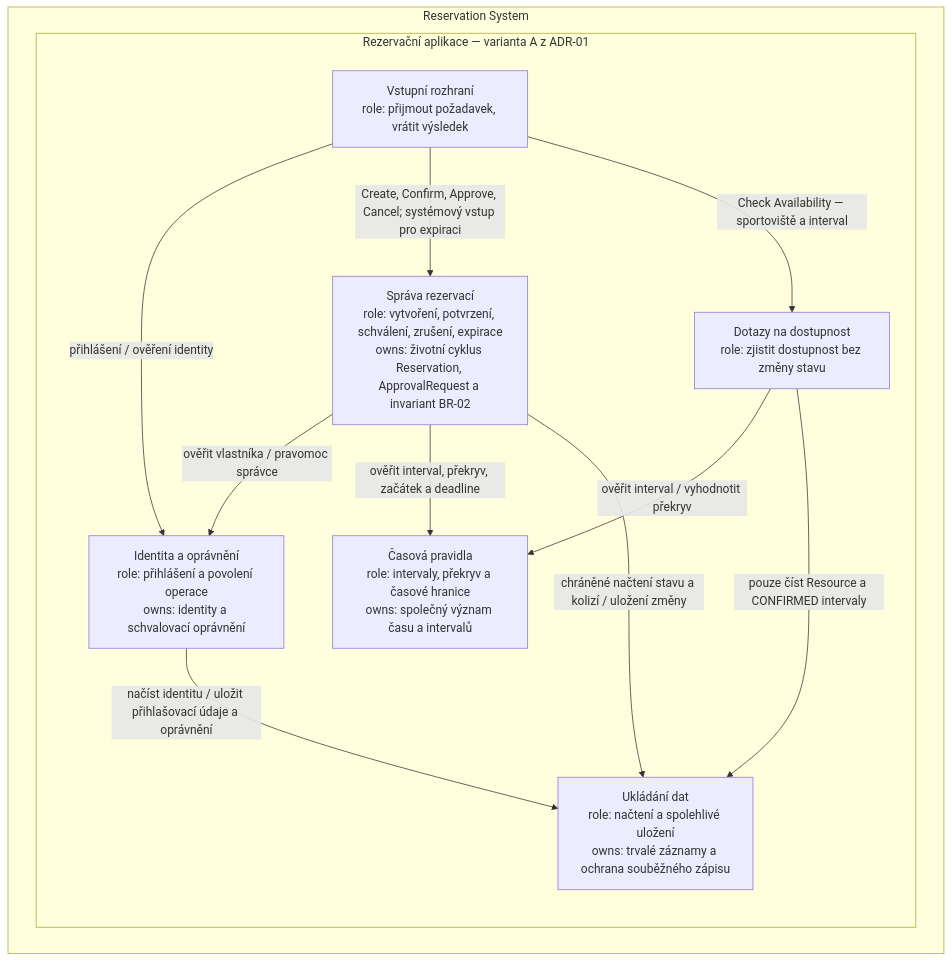
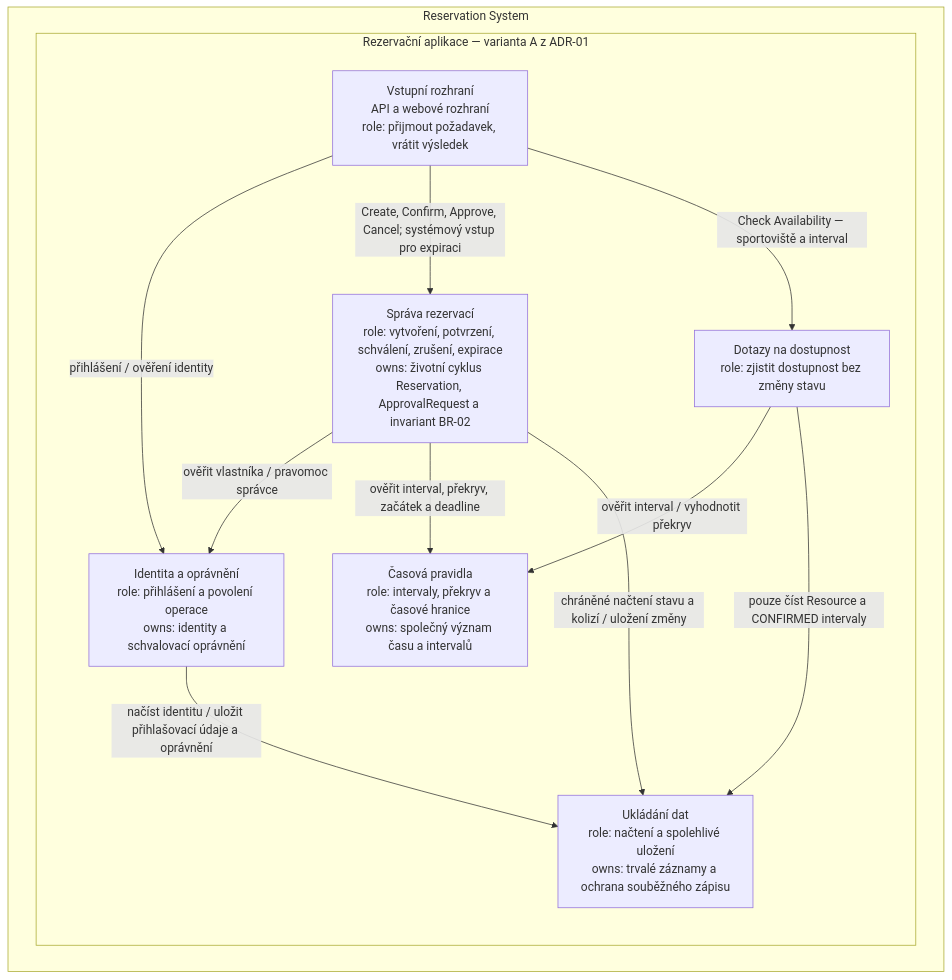
One commit to Filipm64/sport_reservation changed the diagram in docs/static-architecture.md. Above: the diagram before and after it, drawn with Mermaid. The commit also changed other lines of this file and 27 other files, not shown here.

````diff
--- a/docs/static-architecture.md
+++ b/docs/static-architecture.md
@@ -7,23 +7,23 @@
 ```mermaid
 flowchart TB
     subgraph system["Reservation System"]
         subgraph app["Rezervační aplikace — varianta A z ADR-01"]
-            entry["Vstupní rozhraní<br/>role: přijmout požadavek, vrátit výsledek"]
+            entry["Vstupní rozhraní<br/>API a webové rozhraní<br/>role: přijmout požadavek, vrátit výsledek"]
             auth["Identita a oprávnění<br/>role: přihlášení a povolení operace<br/>owns: identity a schvalovací oprávnění"]
             reservations["Správa rezervací<br/>role: vytvoření, potvrzení, schválení, zrušení, expirace<br/>owns: životní cyklus Reservation, ApprovalRequest a invariant BR-02"]
             availability["Dotazy na dostupnost<br/>role: zjistit dostupnost bez změny stavu"]
             time["Časová pravidla<br/>role: intervaly, překryv a časové hranice<br/>owns: společný význam času a intervalů"]
             storage["Ukládání dat<br/>role: načtení a spolehlivé uložení<br/>owns: trvalé záznamy a ochrana souběžného zápisu"]
 
             entry -->|"přihlášení / ověření identity"| auth
             entry -->|"Create, Confirm, Approve, Cancel; systémový vstup pro expiraci"| reservations
             entry -->|"Check Availability — sportoviště a interval"| availability
             reservations -->|"ověřit vlastníka / pravomoc správce"| auth
             reservations -->|"ověřit interval, překryv, začátek a deadline"| time
             availability -->|"ověřit interval / vyhodnotit překryv"| time
             reservations -->|"chráněné načtení stavu a kolizí / uložení změny"| storage
             availability -->|"pouze číst Resource a CONFIRMED intervaly"| storage
             auth -->|"načíst identitu / uložit přihlašovací údaje a oprávnění"| storage
         end
     end
 ```
````
